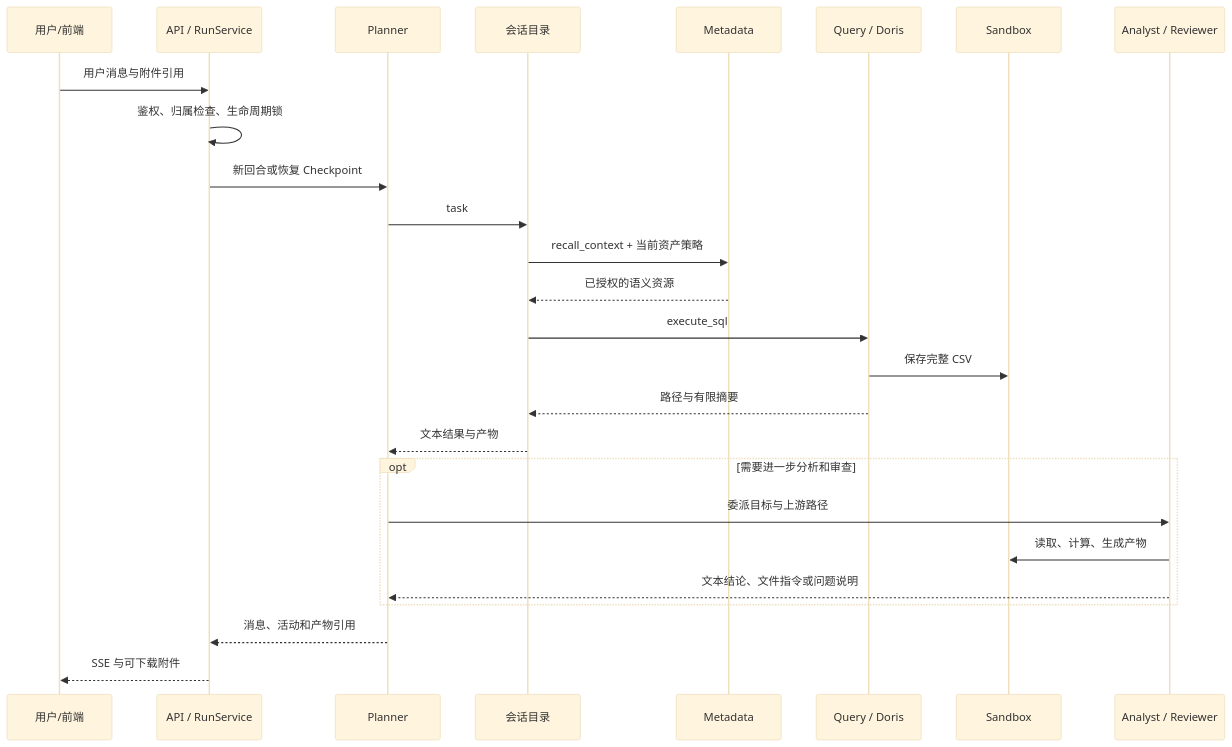
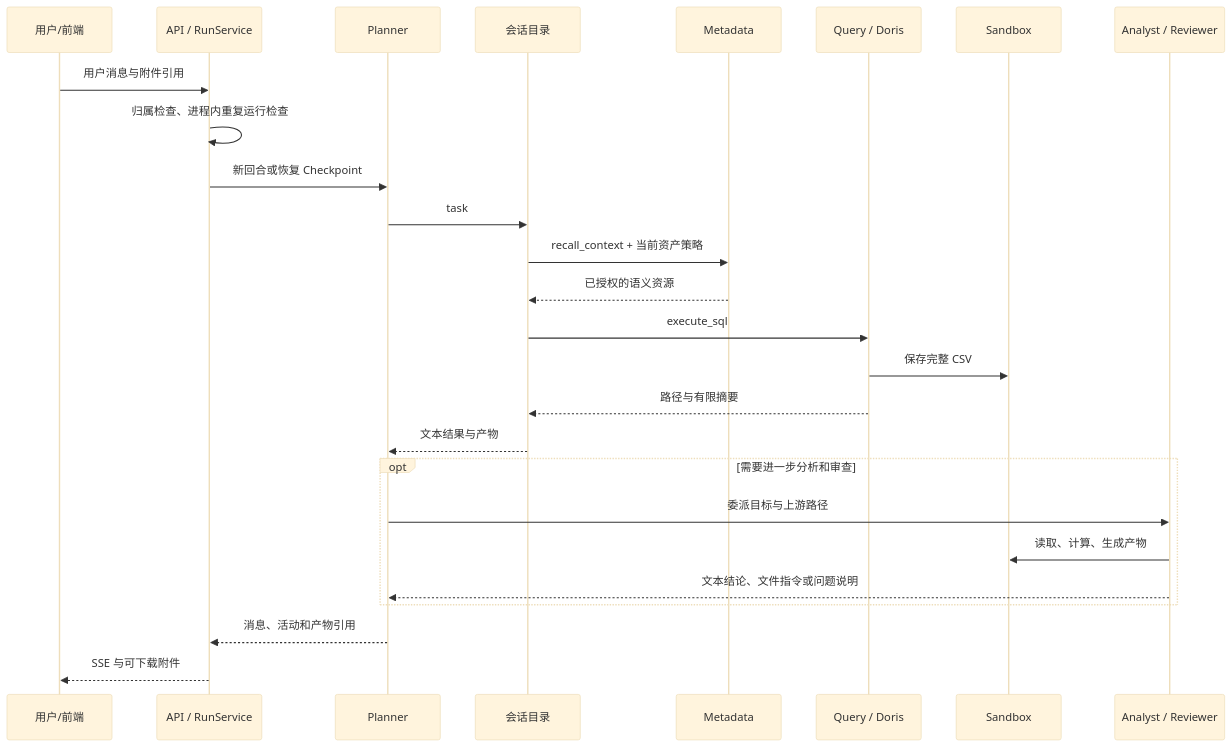
The third of 4 diagrams in docs/00_架构与协作总览.md (2739673455/dataagent), drawn with Mermaid (base theme) before and after one commit. The commit also changed other lines of this file and 47 other files, not shown here.

````diff
--- a/docs/00_架构与协作总览.md
+++ b/docs/00_架构与协作总览.md
@@ -598,28 +597,28 @@
 ```mermaid
 sequenceDiagram
     participant U as 用户/前端
     participant R as API / RunService
     participant P as Planner
     participant E as 会话目录
     participant M as Metadata
     participant Q as Query / Doris
     participant S as Sandbox
     participant A as Analyst / Reviewer
     U->>R: 用户消息与附件引用
-    R->>R: 鉴权、归属检查、生命周期锁
+    R->>R: 归属检查、进程内重复运行检查
     R->>P: 新回合或恢复 Checkpoint
     P->>E: task
     E->>M: recall_context + 当前资产策略
     M-->>E: 已授权的语义资源
     E->>Q: execute_sql
     Q->>S: 保存完整 CSV
     Q-->>E: 路径与有限摘要
     E-->>P: 文本结果与产物
     opt 需要进一步分析和审查
         P->>A: 委派目标与上游路径
         A->>S: 读取、计算、生成产物
         A-->>P: 文本结论、文件指令或问题说明
     end
     P-->>R: 消息、活动和产物引用
     R-->>U: SSE 与可下载附件
 ```
````
